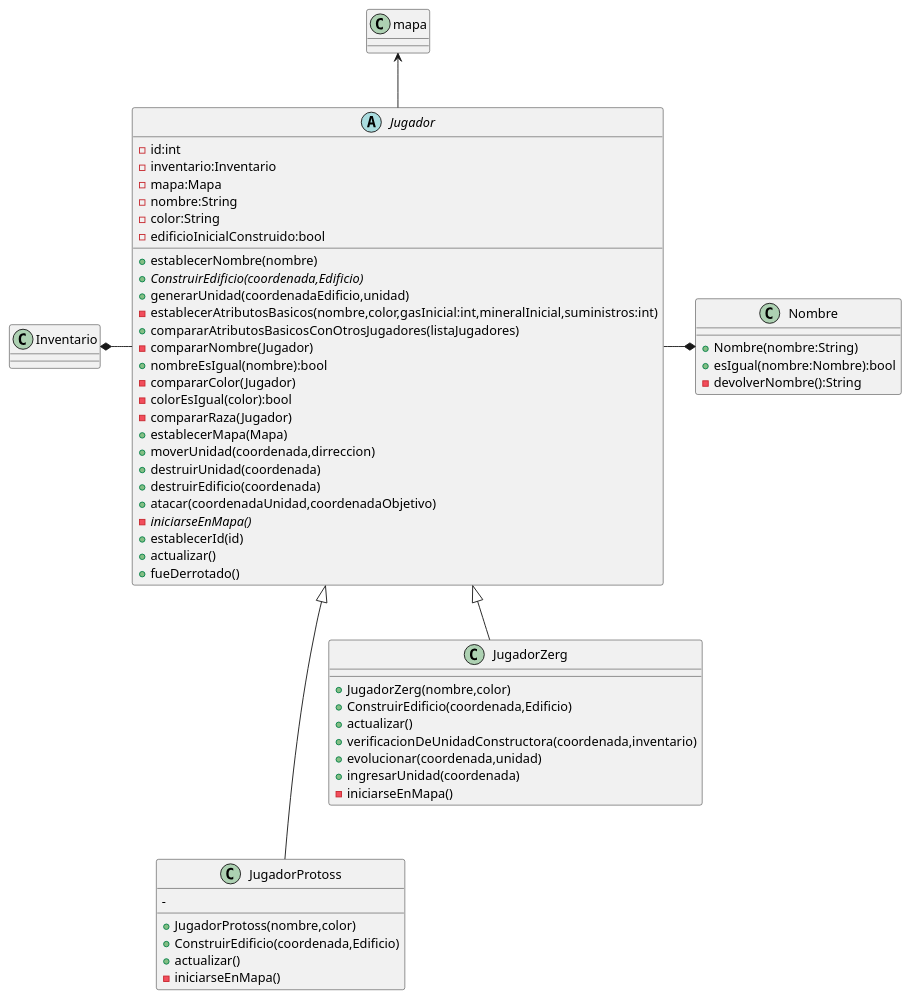
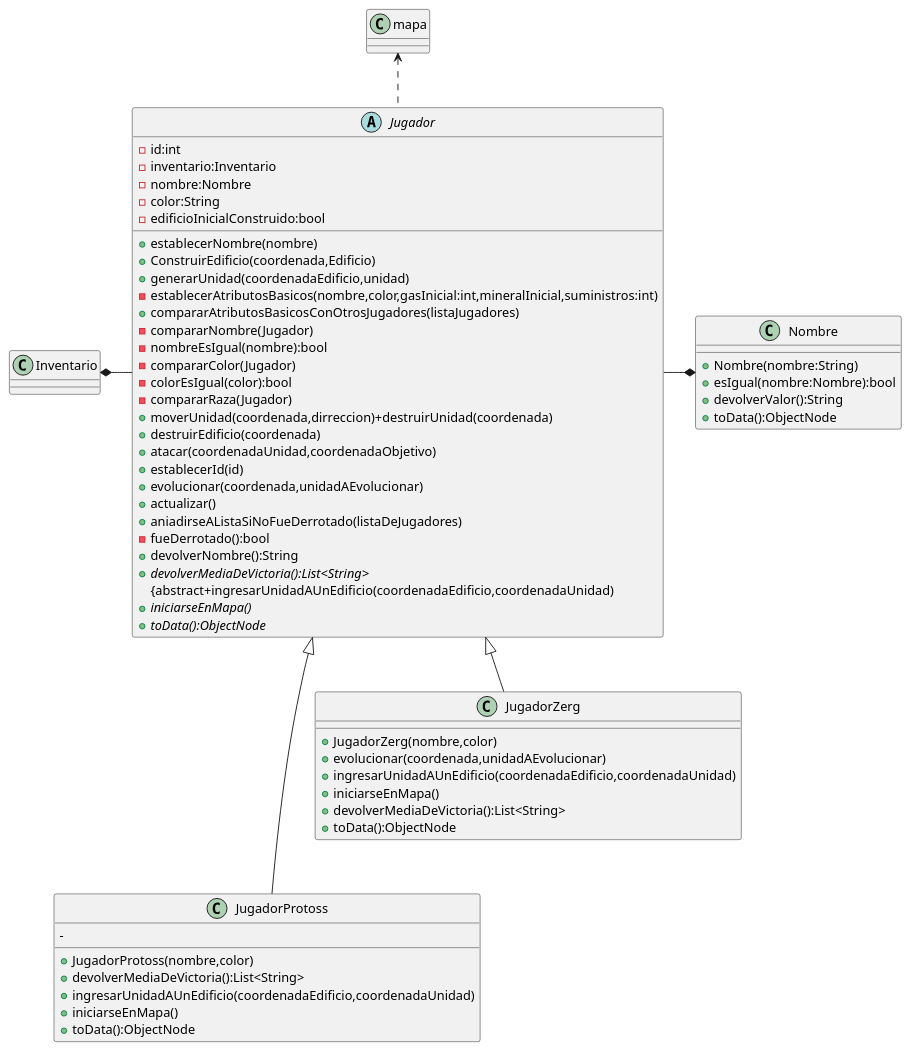
The diagram in diagrams/Modelo/class/clase_jugador.plantuml (LucasMBarrientos/algo3_tp2), drawn with PlantUML before and after one commit. The commit also changed 1 other file, not shown here.

```diff
--- a/diagrams/Modelo/class/clase_jugador.plantuml
+++ b/diagrams/Modelo/class/clase_jugador.plantuml
@@ -1,68 +2,71 @@
 @startuml
 abstract Jugador{
 -id:int
 -inventario:Inventario
--mapa:Mapa
--nombre:String
+-nombre:Nombre
 -color:String
 -edificioInicialConstruido:bool
 +establecerNombre(nombre)
-+{abstract}ConstruirEdificio(coordenada,Edificio)
++ConstruirEdificio(coordenada,Edificio)
 +generarUnidad(coordenadaEdificio,unidad)
 -establecerAtributosBasicos(nombre,color,gasInicial:int,mineralInicial,suministros:int)
 +compararAtributosBasicosConOtrosJugadores(listaJugadores)
 -compararNombre(Jugador)
-+nombreEsIgual(nombre):bool
+-nombreEsIgual(nombre):bool
 -compararColor(Jugador)
 -colorEsIgual(color):bool
 -compararRaza(Jugador)
-+establecerMapa(Mapa)
-+moverUnidad(coordenada,dirreccion)
-+destruirUnidad(coordenada)
++moverUnidad(coordenada,dirreccion)+destruirUnidad(coordenada)
 +destruirEdificio(coordenada)
 +atacar(coordenadaUnidad,coordenadaObjetivo)
-{abstract}-iniciarseEnMapa()
 +establecerId(id)
++evolucionar(coordenada,unidadAEvolucionar)
 +actualizar()
-+fueDerrotado()
++aniadirseAListaSiNoFueDerrotado(listaDeJugadores)
+-fueDerrotado():bool
++devolverNombre():String
+{abstract}+devolverMediaDeVictoria():List<String>
+{abstract+ingresarUnidadAUnEdificio(coordenadaEdificio,coordenadaUnidad)
+{abstract}+iniciarseEnMapa()
+{abstract}+toData():ObjectNode
 
 
 }
 class JugadorProtoss{
 -
 +JugadorProtoss(nombre,color)
-+ConstruirEdificio(coordenada,Edificio)
-+actualizar()
--iniciarseEnMapa()
++devolverMediaDeVictoria():List<String>
++ingresarUnidadAUnEdificio(coordenadaEdificio,coordenadaUnidad)
++iniciarseEnMapa()
++toData():ObjectNode
 }
 
 
 class JugadorZerg{
 +JugadorZerg(nombre,color)
-+ConstruirEdificio(coordenada,Edificio)
-+actualizar()
-+verificacionDeUnidadConstructora(coordenada,inventario)
-+evolucionar(coordenada,unidad)
-+ingresarUnidad(coordenada)
--iniciarseEnMapa()
++evolucionar(coordenada,unidadAEvolucionar)
++ingresarUnidadAUnEdificio(coordenadaEdificio,coordenadaUnidad)
++iniciarseEnMapa()
++devolverMediaDeVictoria():List<String>
++toData():ObjectNode
 }
 class Nombre{
 +Nombre(nombre:String)
 +esIgual(nombre:Nombre):bool
--devolverNombre():String
-
++devolverValor():String
++toData():ObjectNode
 }
 
 
 
 
 
 Jugador -left* Inventario
-mapa <-- Jugador
+mapa <.. Jugador
 
 Jugador -right* Nombre
 
 Jugador <|--- JugadorProtoss
 Jugador <|-- JugadorZerg
 
 @enduml
```
